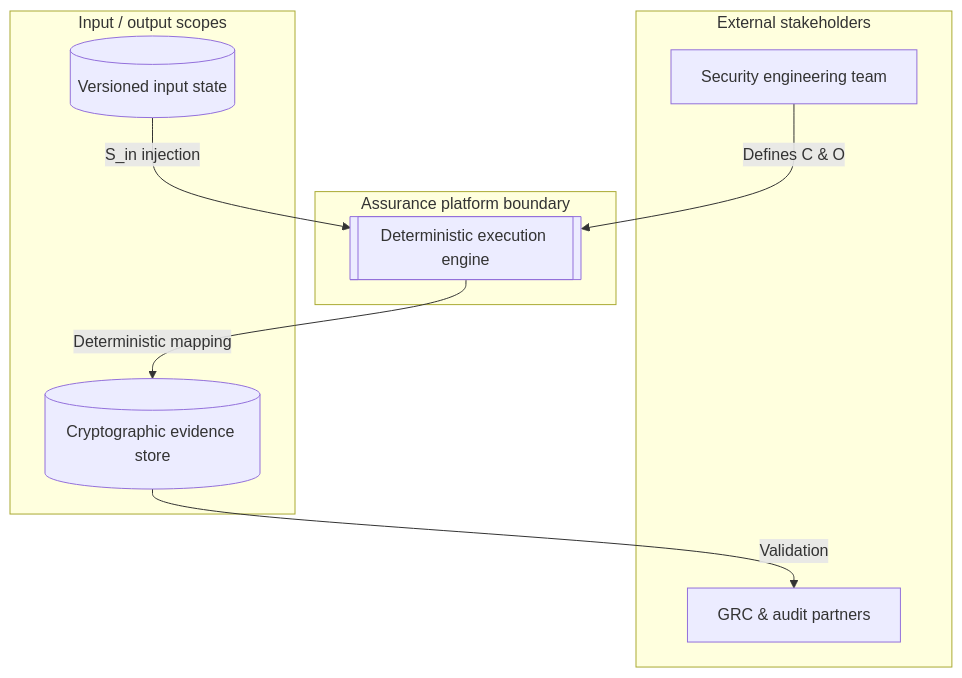
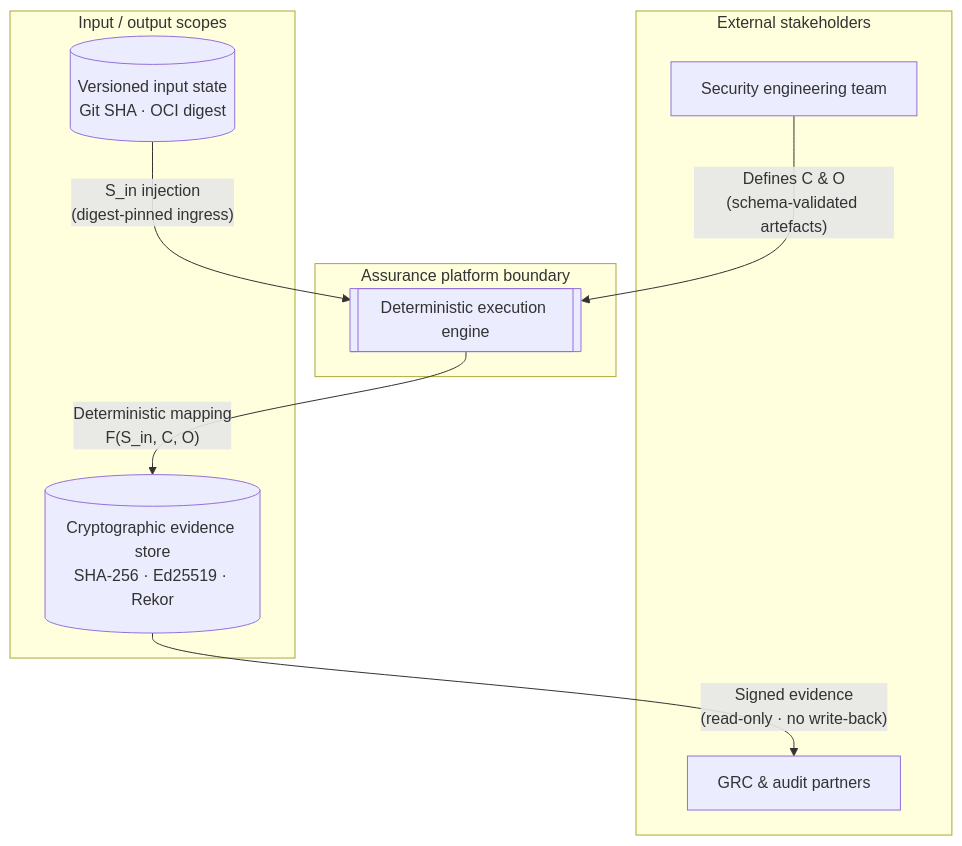
The first of 3 diagrams in README.md (whatheheckisthis/Intent-to-Auditable-Trust-Object-Index), drawn with Mermaid before and after one commit. The commit also changed other lines of this file, not shown here.

````diff
--- a/README.md
+++ b/README.md
@@ -58,21 +188,21 @@
 ```mermaid
 graph TD
     subgraph External_Actors [External stakeholders]
         A[Security engineering team]
         B[GRC & audit partners]
     end
 
     subgraph System_Boundary [Assurance platform boundary]
         C[[Deterministic execution engine]]
     end
 
     subgraph Data_Artifacts [Input / output scopes]
-        D[(Versioned input state)]
-        E[(Cryptographic evidence store)]
+        D[(Versioned input state\nGit SHA · OCI digest)]
+        E[(Cryptographic evidence store\nSHA-256 · Ed25519 · Rekor)]
     end
 
-    A -->|Defines C & O| C
-    D -->|S_in injection| C
-    C -->|Deterministic mapping| E
-    E -->|Validation| B
+    A -->|"Defines C & O\n(schema-validated artefacts)"| C
+    D -->|"S_in injection\n(digest-pinned ingress)"| C
+    C -->|"Deterministic mapping\nF(S_in, C, O)"| E
+    E -->|"Signed evidence\n(read-only · no write-back)"| B
 ```
````
